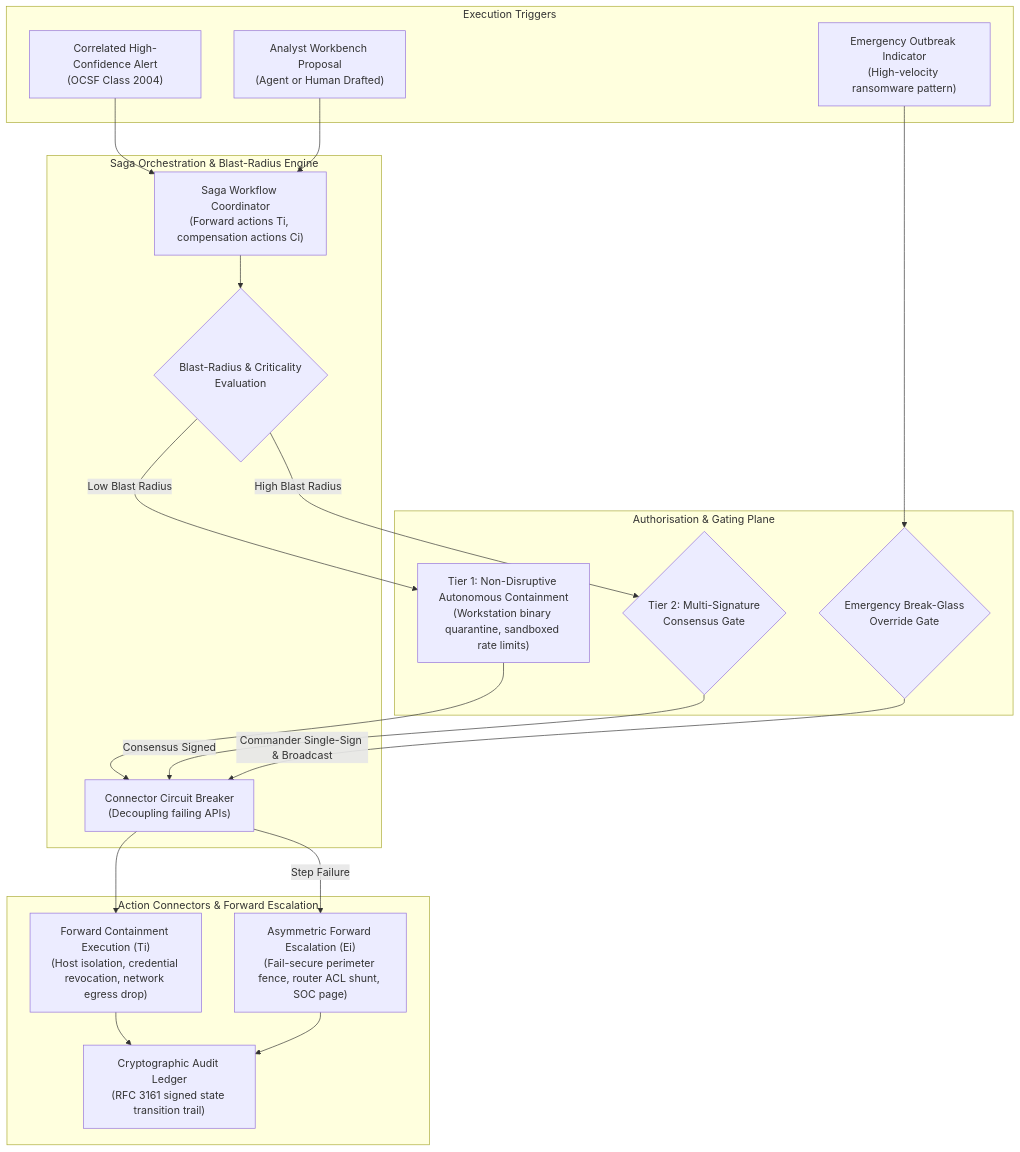
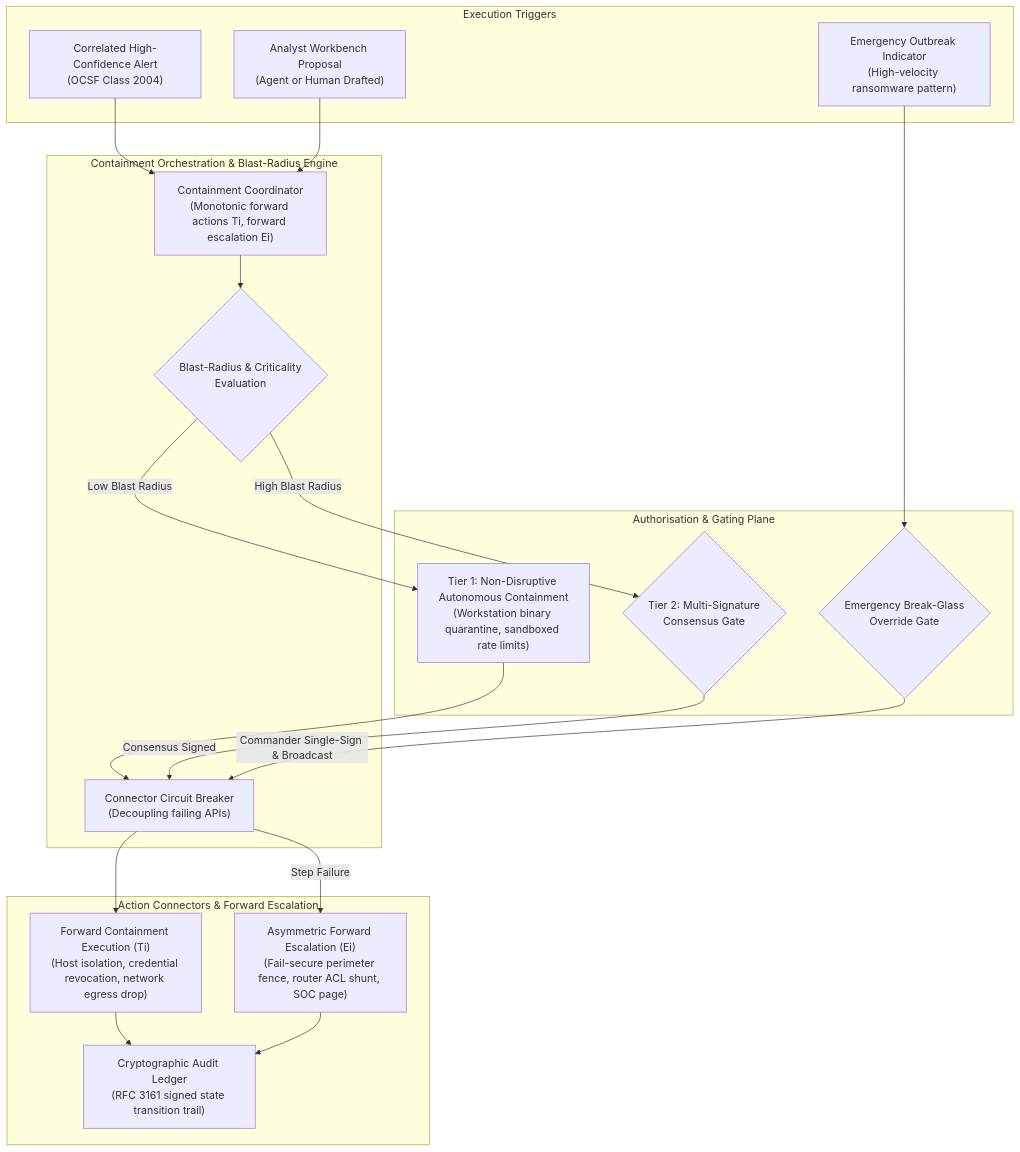
One commit to Haribu/TIDIR changed the diagram in docs/architecture/components/05-response-automation.md. Above: the diagram before and after it, drawn with Mermaid. The commit also changed other lines of this file and 10 other files, not shown here.

Commit message:
refactor(diagrams): harmonize remaining component diagrams to monotonic containment

````diff
--- a/docs/architecture/components/05-response-automation.md
+++ b/docs/architecture/components/05-response-automation.md
@@ -7,40 +7,40 @@
 ```mermaid
 flowchart TB
   subgraph Triggers ["Execution Triggers"]
     T1["Correlated High-Confidence Alert\n(OCSF Class 2004)"]
     T2["Analyst Workbench Proposal\n(Agent or Human Drafted)"]
     T3["Emergency Outbreak Indicator\n(High-velocity ransomware pattern)"]
   end
 
-  subgraph SagaEngine ["Saga Orchestration & Blast-Radius Engine"]
-    SAGA["Saga Workflow Coordinator\n(Forward actions Ti, compensation actions Ci)"]
+  subgraph ContainmentEngine ["Containment Orchestration & Blast-Radius Engine"]
+    COORD["Containment Coordinator\n(Monotonic forward actions Ti, forward escalation Ei)"]
     EVAL{"Blast-Radius & Criticality\nEvaluation"}
     CIRCUIT["Connector Circuit Breaker\n(Decoupling failing APIs)"]
   end
 
   subgraph GatingPlane ["Authorisation & Gating Plane"]
     TIER1["Tier 1: Non-Disruptive Autonomous Containment\n(Workstation binary quarantine, sandboxed rate limits)"]
     TIER2_GATE{"Tier 2: Multi-Signature\nConsensus Gate"}
     BREAK_GLASS{"Emergency Break-Glass\nOverride Gate"}
   end
 
   subgraph ActionExecution ["Action Connectors & Forward Escalation"]
     FORWARD_EXEC["Forward Containment Execution (Ti)\n(Host isolation, credential revocation, network egress drop)"]
     ESCALATE_EXEC["Asymmetric Forward Escalation (Ei)\n(Fail-secure perimeter fence, router ACL shunt, SOC page)"]
     AUDIT_LOG["Cryptographic Audit Ledger\n(RFC 3161 signed state transition trail)"]
   end
 
-  T1 & T2 --> SAGA
+  T1 & T2 --> COORD
   T3 --> BREAK_GLASS
 
-  SAGA --> EVAL
+  COORD --> EVAL
   EVAL -->|Low Blast Radius| TIER1
   EVAL -->|High Blast Radius| TIER2_GATE
 
   TIER1 --> CIRCUIT --> FORWARD_EXEC
   TIER2_GATE -->|Consensus Signed| CIRCUIT
   BREAK_GLASS -->|Commander Single-Sign & Broadcast| CIRCUIT
 
   CIRCUIT -->|Step Failure| ESCALATE_EXEC
   FORWARD_EXEC & ESCALATE_EXEC --> AUDIT_LOG
 ```
````
